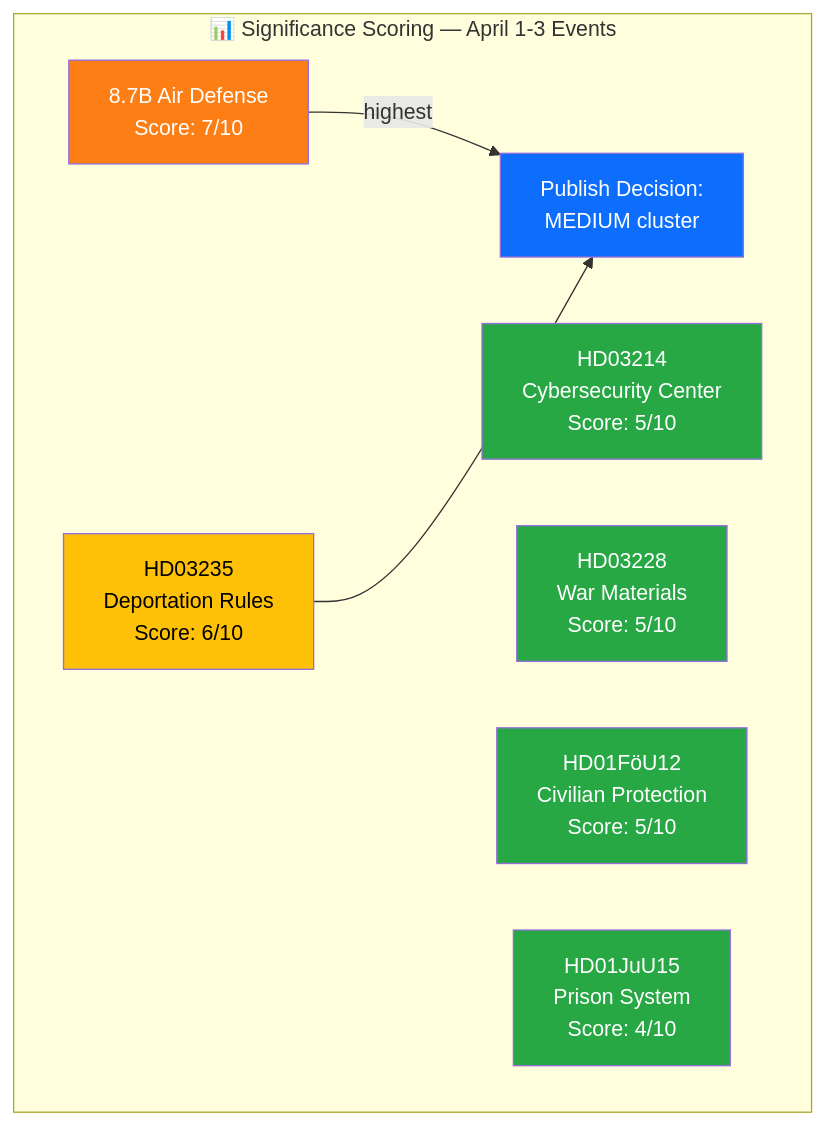
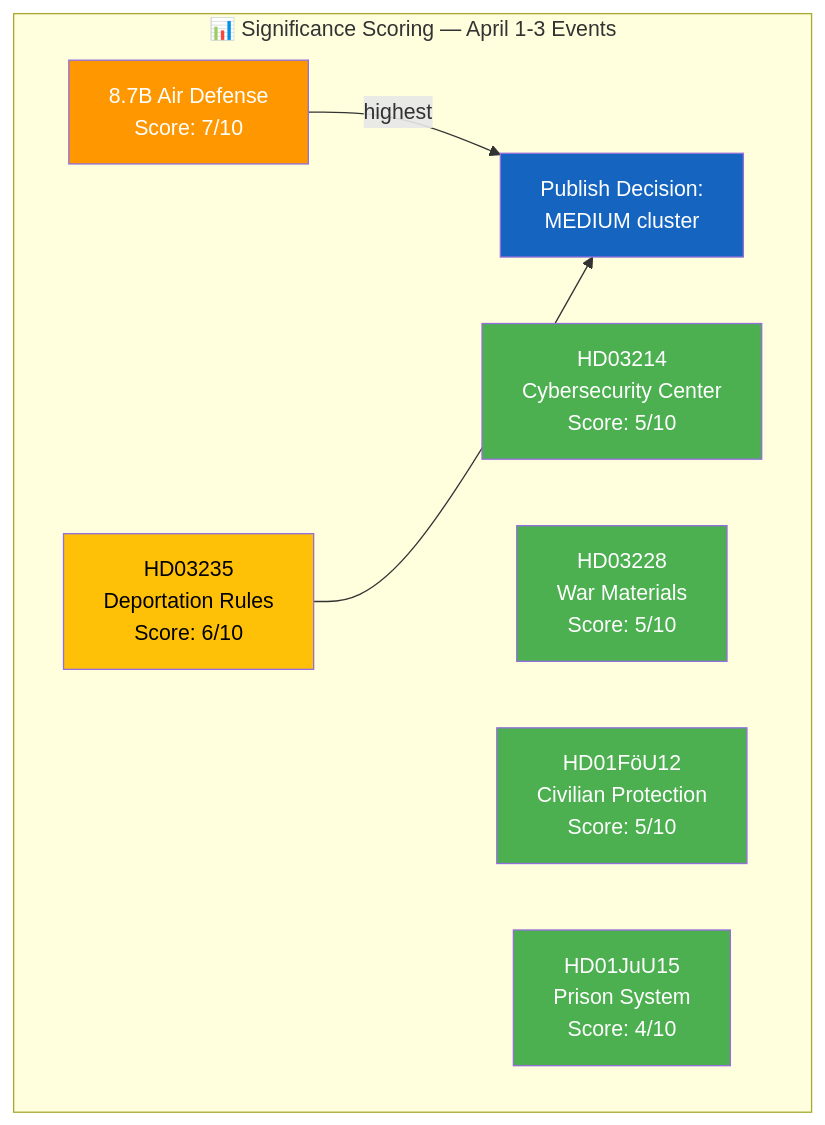
One commit to Hack23/riksdagsmonitor changed the diagram in analysis/daily/2026-04-03/realtime-1018/significance-scoring.md. Above: the diagram before and after it, drawn with Mermaid. The commit also changed 785 other files, not shown here.

First line of the commit message:
Normalize mermaid colors across 786 analysis artifacts to ISMS Style Guide palette

````diff
--- a/analysis/daily/2026-04-03/realtime-1018/significance-scoring.md
+++ b/analysis/daily/2026-04-03/realtime-1018/significance-scoring.md
@@ -20,22 +20,22 @@
 ```mermaid
 graph TD
     subgraph "📊 Significance Scoring — April 1-3 Events"
         E1["HD03235<br/>Deportation Rules<br/>Score: 6/10"]
         E2["HD03214<br/>Cybersecurity Center<br/>Score: 5/10"]
         E3["HD03228<br/>War Materials<br/>Score: 5/10"]
         E4["HD01FöU12<br/>Civilian Protection<br/>Score: 5/10"]
         E5["HD01JuU15<br/>Prison System<br/>Score: 4/10"]
         E6["8.7B Air Defense<br/>Score: 7/10"]
 
         E6 -->|"highest"| D["Publish Decision:<br/>MEDIUM cluster"]
         E1 --> D
     end
 
-    style E1 fill:#ffc107,color:#000
-    style E2 fill:#28a745,color:#fff
-    style E3 fill:#28a745,color:#fff
-    style E4 fill:#28a745,color:#fff
-    style E5 fill:#28a745,color:#fff
-    style E6 fill:#fd7e14,color:#fff
-    style D fill:#0d6efd,color:#fff
+    style E1 fill:#FFC107,color:#000000
+    style E2 fill:#4CAF50,color:#FFFFFF
+    style E3 fill:#4CAF50,color:#FFFFFF
+    style E4 fill:#4CAF50,color:#FFFFFF
+    style E5 fill:#4CAF50,color:#FFFFFF
+    style E6 fill:#FF9800,color:#FFFFFF
+    style D fill:#1565C0,color:#FFFFFF
 ```
````
